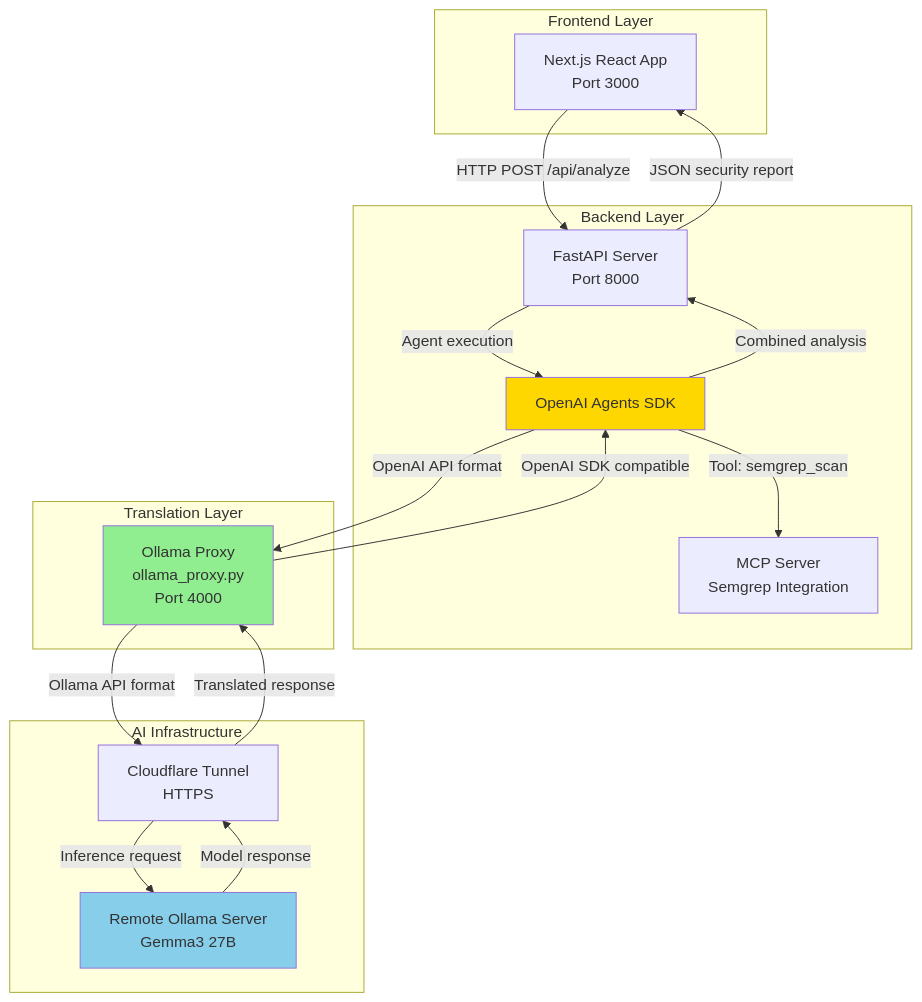
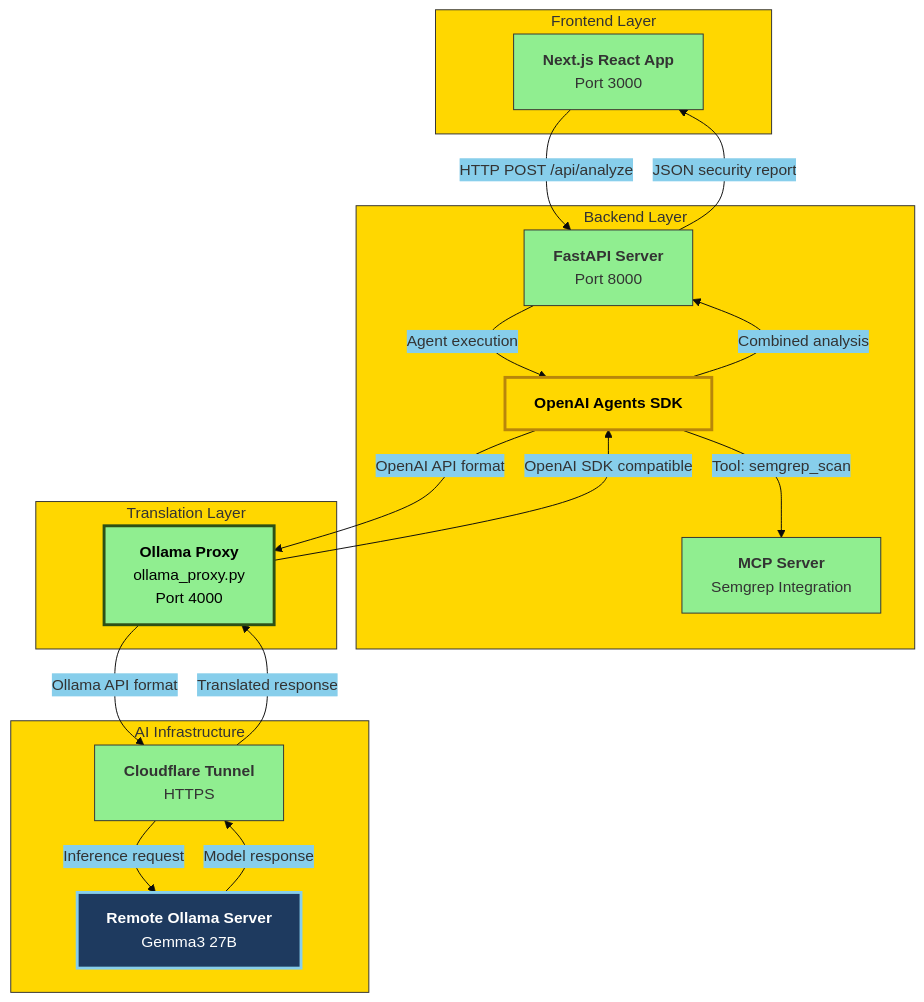
One commit to baloglu321/mlops-journey changed the diagram in week-3/day-1/cyber/README.md. Above: the diagram before and after it, drawn with Mermaid.

Commit message:
Improve Mermaid diagram readability with better text contrast

````diff
--- a/week-3/day-1/cyber/README.md
+++ b/week-3/day-1/cyber/README.md
@@ -25,37 +25,38 @@
 ```mermaid
+%%{init: {'theme':'base', 'themeVariables': { 'primaryColor':'#90EE90','primaryTextColor':'#333','primaryBorderColor':'#333','secondaryColor':'#87CEEB','secondaryTextColor':'#333','secondaryBorderColor':'#333','tertiaryColor':'#FFD700','tertiaryTextColor':'#333','tertiaryBorderColor':'#333'}}}%%
 graph TB
     subgraph "Frontend Layer"
-        A[Next.js React App<br/>Port 3000]
+        A["<b>Next.js React App</b><br/>Port 3000"]
     end
     
     subgraph "Backend Layer"
-        B[FastAPI Server<br/>Port 8000]
-        C[OpenAI Agents SDK]
-        D[MCP Server<br/>Semgrep Integration]
+        B["<b>FastAPI Server</b><br/>Port 8000"]
+        C["<b>OpenAI Agents SDK</b>"]
+        D["<b>MCP Server</b><br/>Semgrep Integration"]
     end
     
     subgraph "Translation Layer"
-        E[Ollama Proxy<br/>ollama_proxy.py<br/>Port 4000]
+        E["<b>Ollama Proxy</b><br/>ollama_proxy.py<br/>Port 4000"]
     end
     
     subgraph "AI Infrastructure"
-        F[Cloudflare Tunnel<br/>HTTPS]
-        G[Remote Ollama Server<br/>Gemma3 27B]
+        F["<b>Cloudflare Tunnel</b><br/>HTTPS"]
+        G["<b>Remote Ollama Server</b><br/>Gemma3 27B"]
     end
     
     A -->|HTTP POST /api/analyze| B
     B -->|Agent execution| C
     C -->|Tool: semgrep_scan| D
     C -->|OpenAI API format| E
     E -->|Ollama API format| F
     F -->|Inference request| G
     G -->|Model response| F
     F -->|Translated response| E
     E -->|OpenAI SDK compatible| C
     C -->|Combined analysis| B
     B -->|JSON security report| A
     
-    style E fill:#90EE90
-    style G fill:#87CEEB
-    style C fill:#FFD700
+    style E fill:#90EE90,stroke:#2d5016,stroke-width:3px,color:#000
+    style G fill:#1e3a5f,stroke:#87CEEB,stroke-width:3px,color:#fff
+    style C fill:#FFD700,stroke:#b8860b,stroke-width:3px,color:#000
 ```
````
